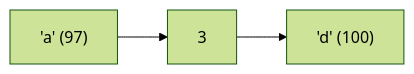
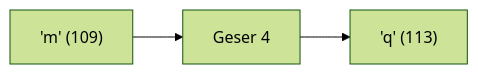
Before and after one commit to amnahwaida/OSNK_INF_PREP: the fourth of 25 diagrams in part-c-pemahaman-cpp/01-tipe-data/latihan/set-05.md, drawn with Mermaid (forest theme). The commit also changed other lines of this file and 71 other files, not shown here.

````diff
--- a/part-c-pemahaman-cpp/01-tipe-data/latihan/set-05.md
+++ b/part-c-pemahaman-cpp/01-tipe-data/latihan/set-05.md
@@ -76,5 +108,5 @@
 ```mermaid
 graph LR
-A["'a' (97)"] --> B["3"]
-B --> C["'d' (100)"]
+A["'m' (109)"] --> B["Geser 4"]
+B --> C["'q' (113)"]
 ```
````
